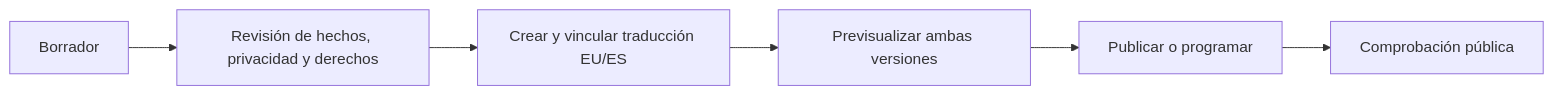
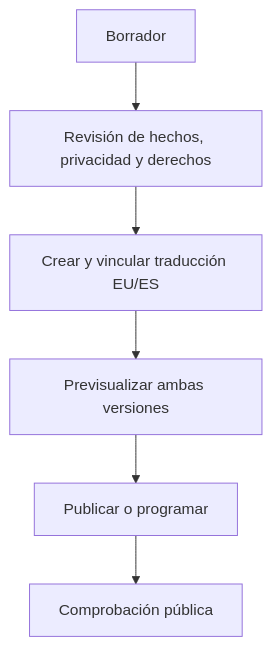
The second of 5 diagrams in docs/README-ADMIN-WORDPRESS.md (urtzih/web-egiakermanentzat), drawn with Mermaid before and after one commit. The commit also changed other lines of this file and 7 other files, not shown here.

Commit message:
docs: render manual diagrams with Mermaid

```diff
--- a/docs/README-ADMIN-WORDPRESS.md
+++ b/docs/README-ADMIN-WORDPRESS.md
@@ -84,8 +84,8 @@
 ~~~mermaid
-flowchart LR
+flowchart TD
     B["Borrador"] --> R["Revisión de hechos, privacidad y derechos"]
     R --> T["Crear y vincular traducción EU/ES"]
     T --> V["Previsualizar ambas versiones"]
     V --> P["Publicar o programar"]
     P --> C["Comprobación pública"]
 ~~~
```
